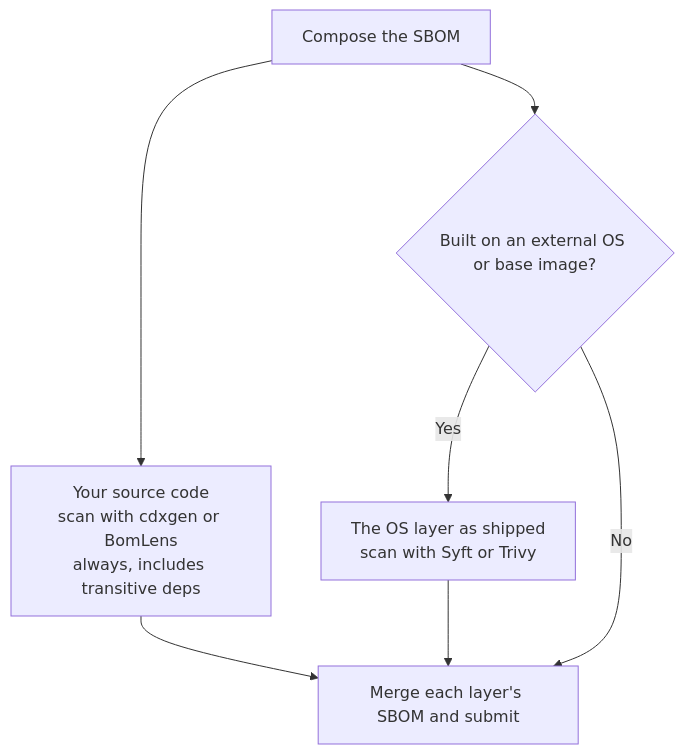
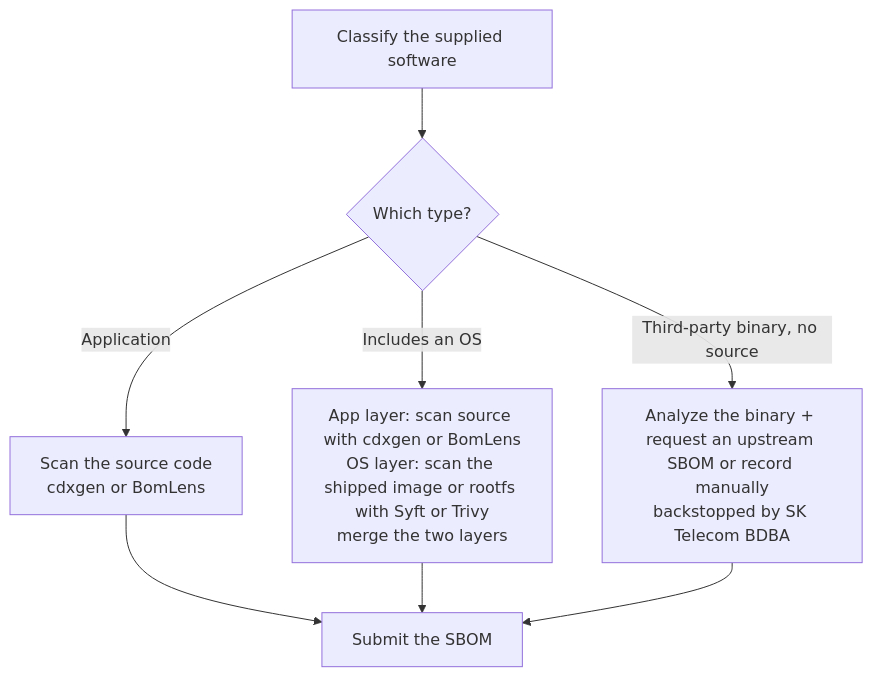
Before and after one commit to sktelecom/sktelecom.github.io: the diagram in content/en/guide/supply-chain/for-suppliers/creation-guide/_index.md, drawn with Mermaid. The commit also changed other lines of this file and 1 other file, not shown here.

Commit message:
docs(supply-chain): classify the tool-selection diagram by delivery type

````diff
--- a/content/en/guide/supply-chain/for-suppliers/creation-guide/_index.md
+++ b/content/en/guide/supply-chain/for-suppliers/creation-guide/_index.md
@@ -14,9 +14,10 @@
 ```mermaid
 graph TD
-    A[Compose the SBOM] --> B[Your source code<br>scan with cdxgen or BomLens<br>always, includes transitive deps]
-    A --> C{Built on an external OS or base image?}
-    C -->|Yes| D[The OS layer as shipped<br>scan with Syft or Trivy]
-    C -->|No| F[Merge each layer's SBOM and submit]
-    B --> F
-    D --> F
+    A[Classify the supplied software] --> Q{Which type?}
+    Q -->|Application| S1[Scan the source code<br>cdxgen or BomLens]
+    Q -->|Includes an OS| S2[App layer: scan source with cdxgen or BomLens<br>OS layer: scan the shipped image or rootfs with Syft or Trivy<br>merge the two layers]
+    Q -->|Third-party binary, no source| S3[Analyze the binary + request an upstream SBOM or record manually<br>backstopped by SK Telecom BDBA]
+    S1 --> P[Submit the SBOM]
+    S2 --> P
+    S3 --> P
 ```
````
